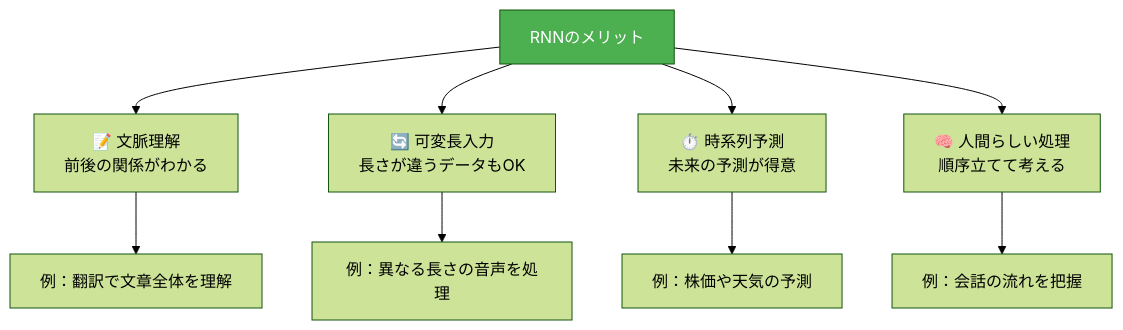
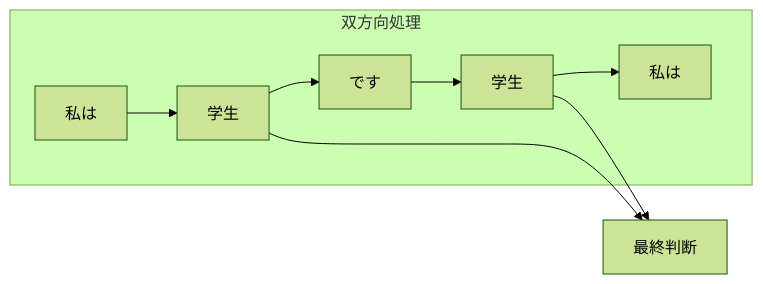
The eighth of 13 diagrams in AI/DeepLearning/RecurrentNeuralNetwork/README.MD (SparklingDetergent/doc_genai_mental_model), drawn with Mermaid (forest theme) before and after one commit. The commit also changed other lines of this file, not shown here.

````diff
--- a/AI/DeepLearning/RecurrentNeuralNetwork/README.MD
+++ b/AI/DeepLearning/RecurrentNeuralNetwork/README.MD
@@ -268,14 +190,10 @@
 ```mermaid
-graph TD
-    A[RNNのメリット] --> B[📝 文脈理解<br/>前後の関係がわかる]
-    A --> C[🔄 可変長入力<br/>長さが違うデータもOK]  
-    A --> D[⏱️ 時系列予測<br/>未来の予測が得意]
-    A --> E[🧠 人間らしい処理<br/>順序立てて考える]
+graph LR
+    subgraph "双方向処理"
+        A[私は] --> B[学生] --> C[です]
+        C --> B2[学生] --> A2[私は]
+    end
     
-    B --> B1[例：翻訳で文章全体を理解]
-    C --> C1[例：異なる長さの音声を処理]
-    D --> D1[例：株価や天気の予測]
-    E --> E1[例：会話の流れを把握]
-    
-    style A fill:#4caf50,color:#fff
+    B --> D[最終判断]
+    B2 --> D
 ```
````
